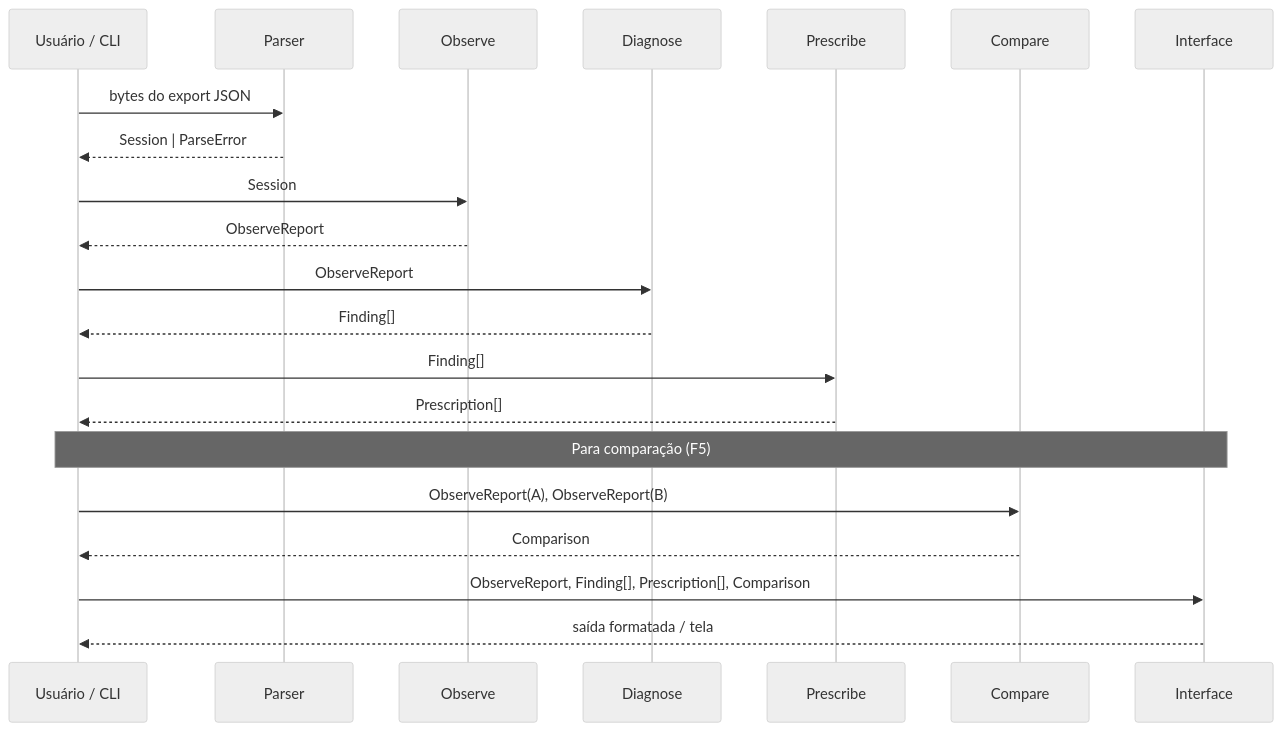
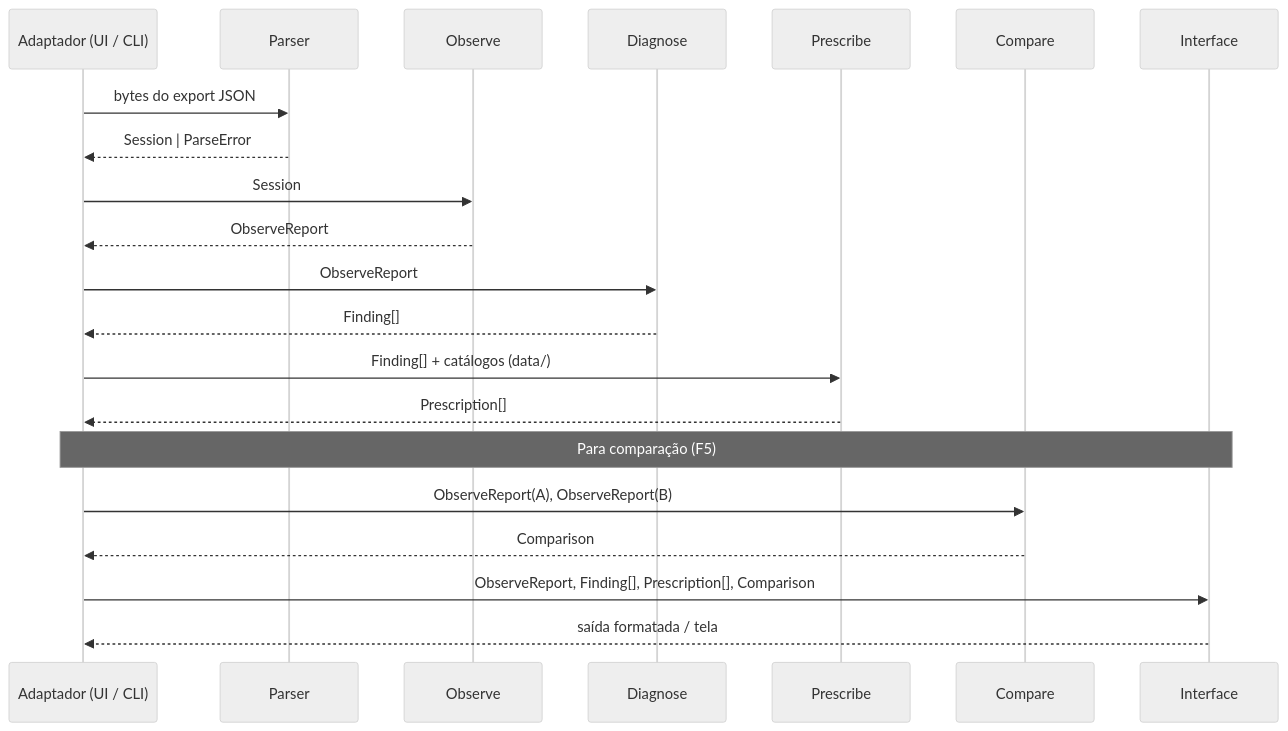
One commit to HeitorM50/OsBiruBob changed the second of 2 diagrams in docs/architecture.md. Above: the diagram before and after it, drawn with Mermaid (neutral theme). The commit also changed other lines of this file and 21 other files, not shown here.

````diff
--- a/docs/architecture.md
+++ b/docs/architecture.md
@@ -193,29 +356,29 @@
 ```mermaid
 sequenceDiagram
-    participant U as Usuário / CLI
+    participant U as Adaptador (UI / CLI)
     participant P as Parser
     participant O as Observe
     participant D as Diagnose
     participant Pr as Prescribe
     participant C as Compare
     participant I as Interface
 
     U->>P: bytes do export JSON
     P-->>U: Session | ParseError
 
     U->>O: Session
     O-->>U: ObserveReport
 
     U->>D: ObserveReport
     D-->>U: Finding[]
 
-    U->>Pr: Finding[]
+    U->>Pr: Finding[] + catálogos (data/)
     Pr-->>U: Prescription[]
 
     note over U,I: Para comparação (F5)
     U->>C: ObserveReport(A), ObserveReport(B)
     C-->>U: Comparison
 
     U->>I: ObserveReport, Finding[], Prescription[], Comparison
     I-->>U: saída formatada / tela
 ```
````
